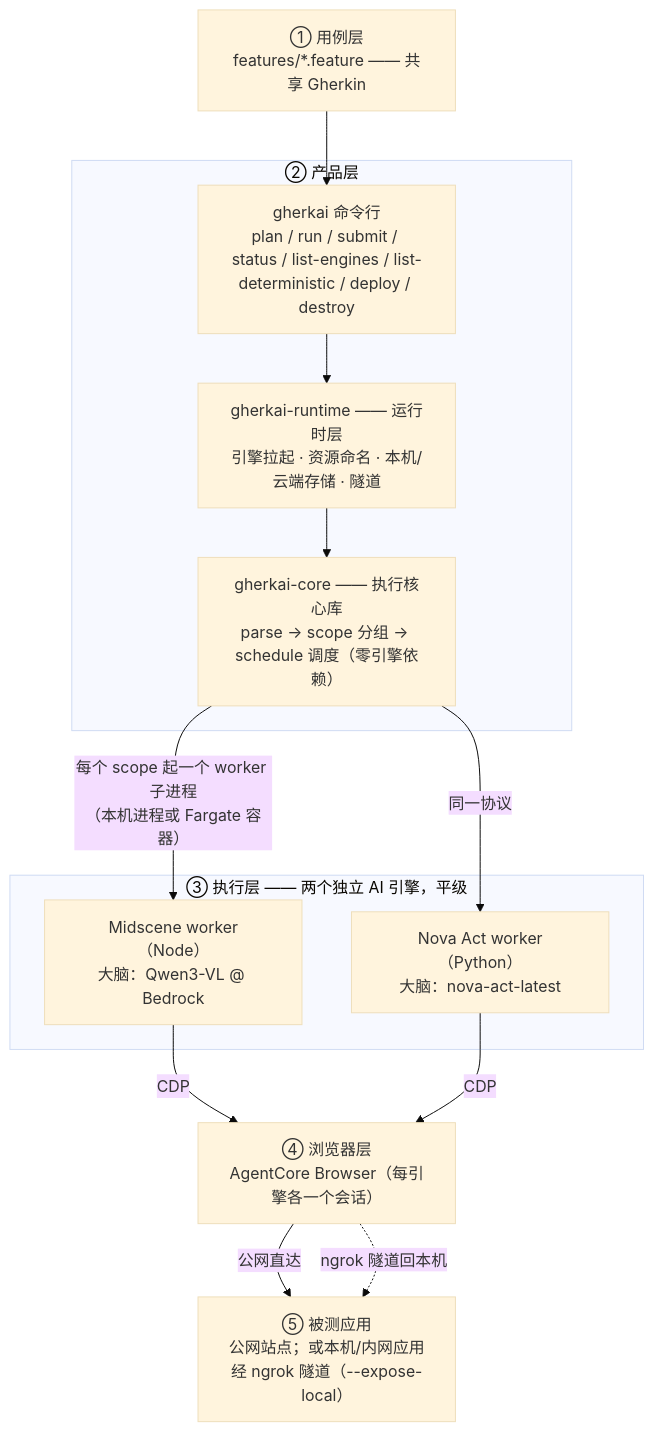
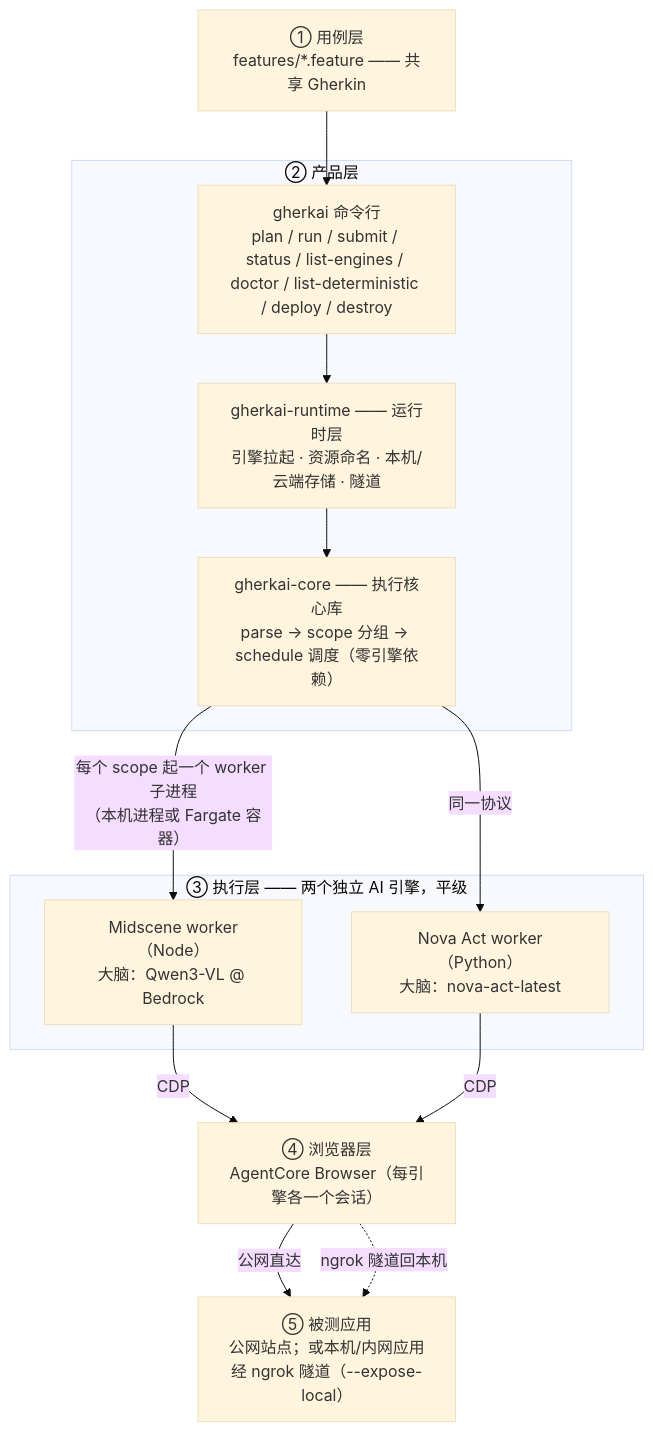
Before and after one commit to zhiyanliu/gherkai: the diagram in README.md, drawn with Mermaid (base theme). The commit also changed other lines of this file and 20 other files, not shown here.

````diff
--- a/README.md
+++ b/README.md
@@ -27,27 +27,27 @@
 ```mermaid
 flowchart TD
     F["① 用例层<br/>features/*.feature —— 共享 Gherkin"]
 
     subgraph L2["② 产品层"]
-        CLI["gherkai 命令行<br/>plan / run / submit / status / list-engines / list-deterministic / deploy / destroy"]
+        CLI["gherkai 命令行<br/>plan / run / submit / status / list-engines / doctor / list-deterministic / deploy / destroy"]
         G["gherkai-runtime —— 运行时层<br/>引擎拉起 · 资源命名 · 本机/云端存储 · 隧道"]
         C["gherkai-core —— 执行核心库<br/>parse → scope 分组 → schedule 调度（零引擎依赖）"]
         CLI --> G --> C
     end
 
     subgraph L3["③ 执行层 —— 两个独立 AI 引擎，平级"]
         M["Midscene worker（Node）<br/>大脑：Qwen3-VL @ Bedrock"]
         N["Nova Act worker（Python）<br/>大脑：nova-act-latest"]
     end
 
     B["④ 浏览器层<br/>AgentCore Browser（每引擎各一个会话）"]
     APP["⑤ 被测应用<br/>公网站点；或本机/内网应用经 ngrok 隧道（--expose-local）"]
 
     F --> CLI
     C -- "每个 scope 起一个 worker 子进程<br/>（本机进程或 Fargate 容器）" --> M
     C -- " 同一协议 " --> N
     M -- CDP --> B
     N -- CDP --> B
     B -- " 公网直达 " --> APP
     B -. "ngrok 隧道回本机" .-> APP
 ```
````
